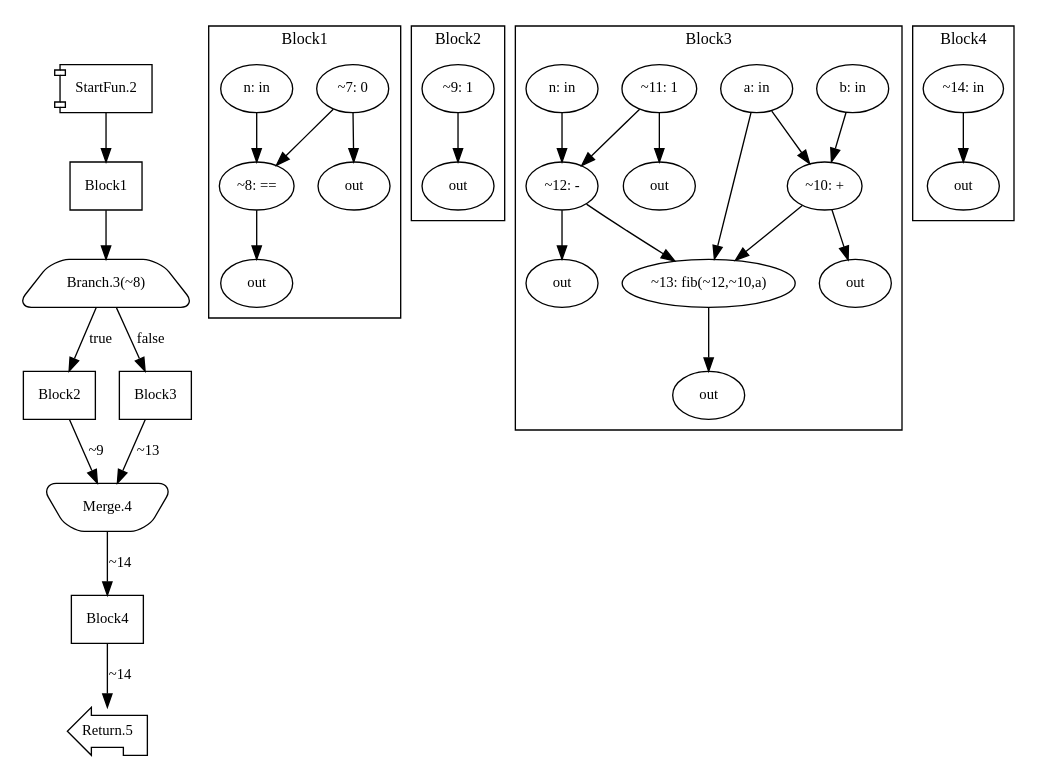
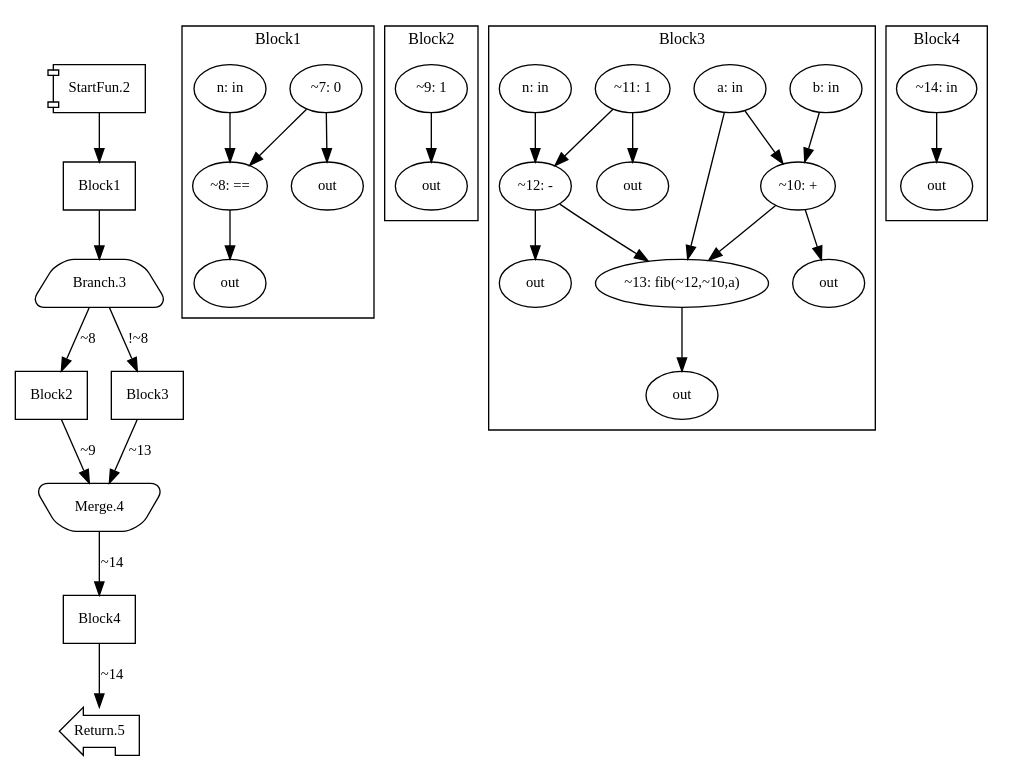
Before and after one commit to akouryy/SyntheScala: the diagram in dist/fib.dot, drawn with Graphviz. The commit also changed 8 other files, not shown here.

```diff
--- a/dist/fib.dot
+++ b/dist/fib.dot
@@ -1,35 +1,35 @@
 digraph Program_ {
 graph [fontname = "Monaco", fontsize = 12, ranksep = 0.5];
 node [shape = box, fontname = "Monaco", fontsize = 11; colorscheme = pastel19];
 edge [fontname = "Monaco", fontsize = 11; colorscheme = pastel19];
 Jump2[label = "StartFun.2"; shape = component];
 Jump2 -> Block1;
 Jump3[
-  label = "Branch.3(~8)";
+  label = "Branch.3";
   shape = trapezium; style = rounded;
 ];
 Block1 -> Jump3;
-Jump3 -> Block2 [label=true];
-Jump3 -> Block3 [label=false];
+Jump3 -> Block2 [label="~8"];
+Jump3 -> Block3 [label="!~8"];
 Jump4[label = "Merge.4"; shape = invtrapezium; style = rounded];
 Block2 -> Jump4 [label="~9"];Block3 -> Jump4 [label="~13"];
 Jump4 -> Block4 [label="~14"];
 Jump5[label = "Return.5"; shape = lpromoter];
 Block4 -> Jump5 [label="~14"];
 Block1 [label = "Block1"];
 Block2 [label = "Block2"];
 Block3 [label = "Block3"];
 Block4 [label = "Block4"];
 subgraph cluster_dfg_Block1{
 node [shape = oval];
 label = "Block1";
 ndBlock1_0 [label="~7: 0"];ndBlock1_1 [label="out"];ndBlock1_2 [label="n: in"];ndBlock1_3 [label="~8: =="];ndBlock1_4 [label="out"];ndBlock1_0 -> ndBlock1_1; ndBlock1_0 -> ndBlock1_3; ndBlock1_2 -> ndBlock1_3; ndBlock1_3 -> ndBlock1_4; }subgraph cluster_dfg_Block2{
 node [shape = oval];
 label = "Block2";
 ndBlock2_0 [label="~9: 1"];ndBlock2_1 [label="out"];ndBlock2_0 -> ndBlock2_1; }subgraph cluster_dfg_Block3{
 node [shape = oval];
 label = "Block3";
 ndBlock3_0 [label="a: in"];ndBlock3_1 [label="b: in"];ndBlock3_2 [label="~10: +"];ndBlock3_3 [label="out"];ndBlock3_4 [label="~11: 1"];ndBlock3_5 [label="out"];ndBlock3_6 [label="n: in"];ndBlock3_7 [label="~12: -"];ndBlock3_8 [label="out"];ndBlock3_9 [label="~13: fib(~12,~10,a)"];ndBlock3_10 [label="out"];ndBlock3_0 -> ndBlock3_2; ndBlock3_0 -> ndBlock3_9; ndBlock3_1 -> ndBlock3_2; ndBlock3_2 -> ndBlock3_3; ndBlock3_2 -> ndBlock3_9; ndBlock3_4 -> ndBlock3_5; ndBlock3_4 -> ndBlock3_7; ndBlock3_6 -> ndBlock3_7; ndBlock3_7 -> ndBlock3_8; ndBlock3_7 -> ndBlock3_9; ndBlock3_9 -> ndBlock3_10; }subgraph cluster_dfg_Block4{
 node [shape = oval];
 label = "Block4";
 ndBlock4_0 [label="~14: in"];ndBlock4_1 [label="out"];ndBlock4_0 -> ndBlock4_1; }}
```
